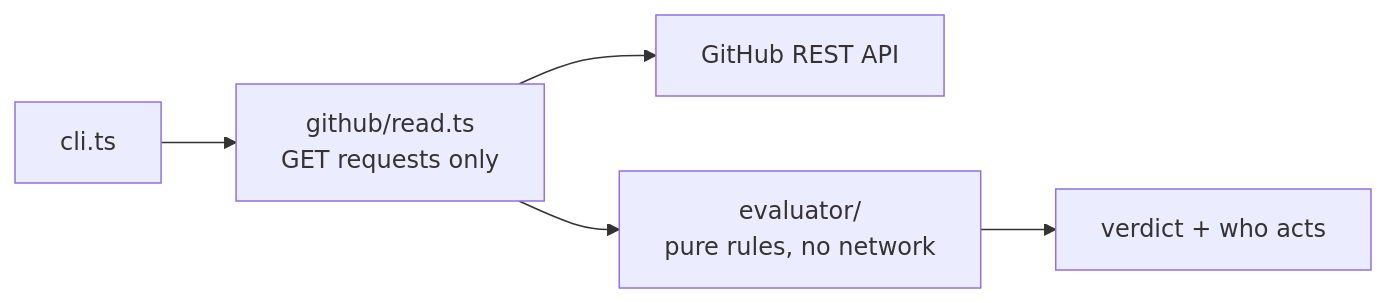
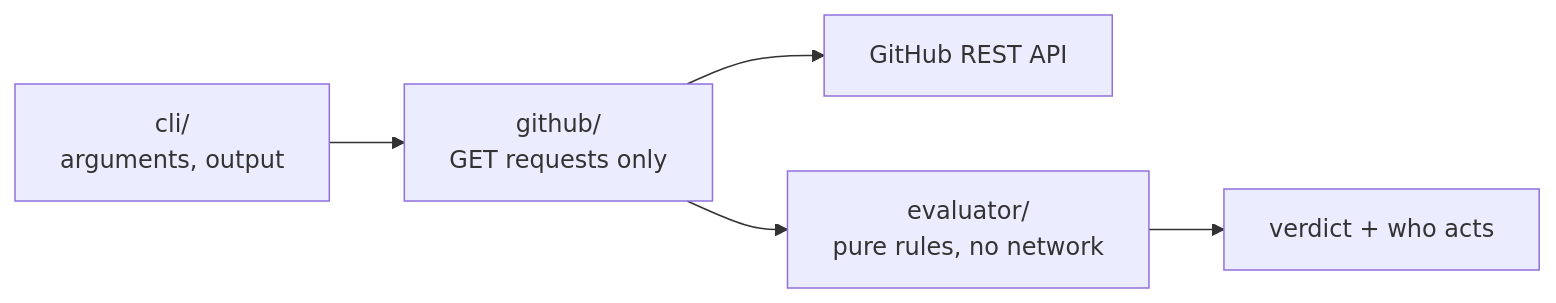
The diagram in README.md (bbenedev/PRotocol), drawn with Mermaid before and after one commit. The commit also changed other lines of this file and 1 other file, not shown here.

Commit message:
Document installing and using the protocol command, with real sandbox output

````diff
--- a/README.md
+++ b/README.md
@@ -122,7 +162,7 @@
 ```mermaid
 flowchart LR
-  CLI[cli.ts] --> READ[github/read.ts<br/>GET requests only]
+  CLI[cli/<br/>arguments, output] --> READ[github/<br/>GET requests only]
   READ --> API[GitHub REST API]
   READ --> EV[evaluator/<br/>pure rules, no network]
   EV --> OUT[verdict + who acts]
 ```
````
